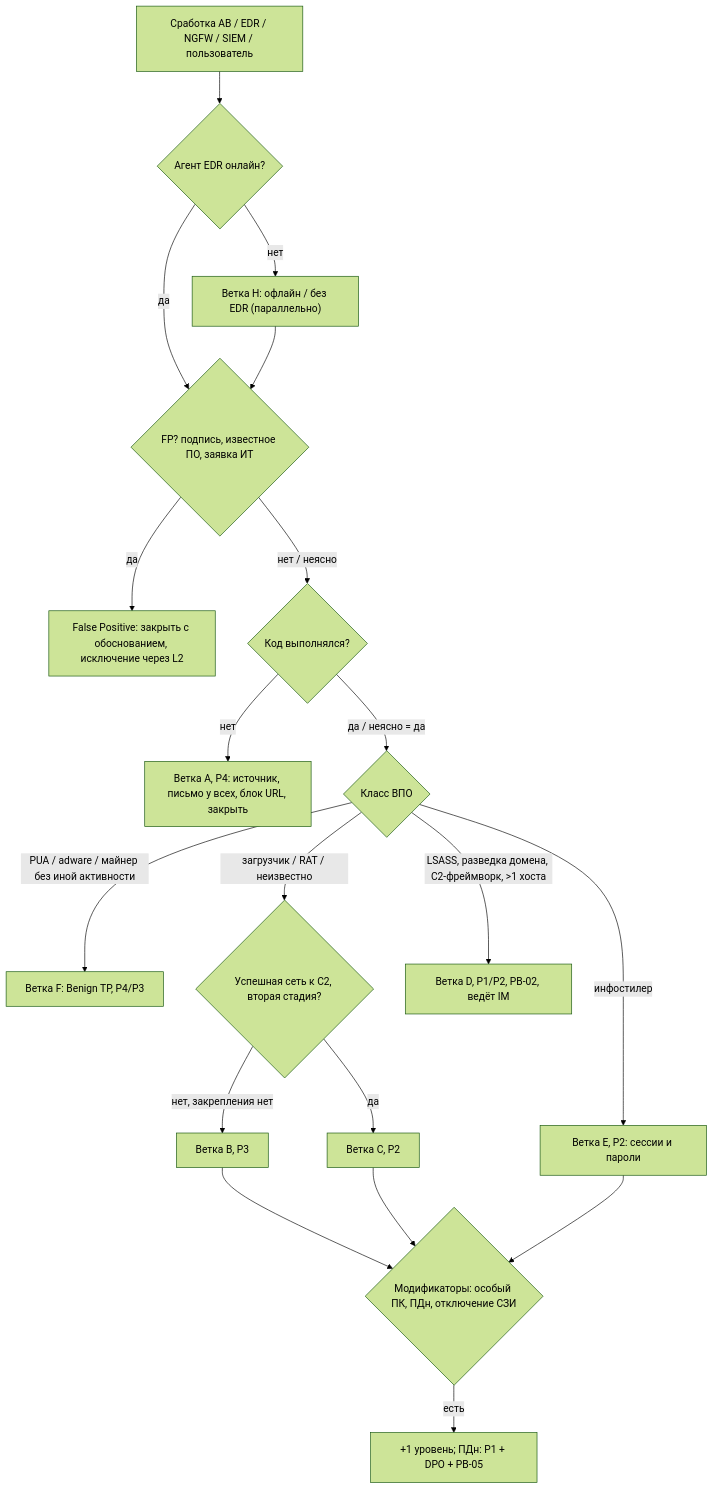
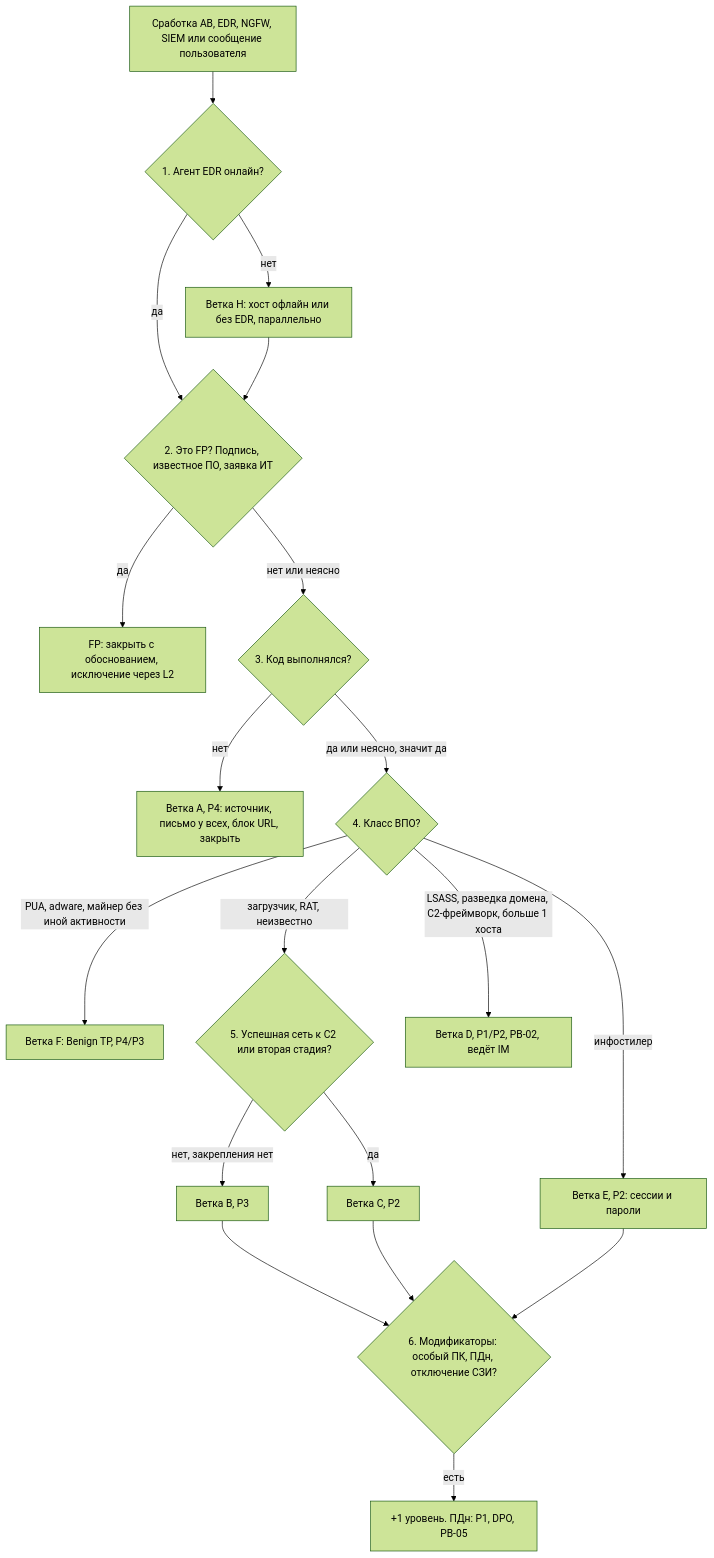
One commit to vehpbkrby/security-playbook changed the diagram in playbooks/PB-04-malware-workstation.md. Above: the diagram before and after it, drawn with Mermaid (forest theme). The commit also changed other lines of this file and 13 other files, not shown here.

````diff
--- a/playbooks/PB-04-malware-workstation.md
+++ b/playbooks/PB-04-malware-workstation.md
@@ -214,21 +149,21 @@
 ```mermaid
 flowchart TD
-    A["Сработка АВ / EDR / NGFW / SIEM / пользователь"] --> B{"Агент EDR онлайн?"}
-    B -- "нет" --> H["Ветка H: офлайн / без EDR (параллельно)"]
-    B -- "да" --> C{"FP? подпись, известное ПО, заявка ИТ"}
-    H --> C
-    C -- "да" --> FP["False Positive: закрыть с обоснованием, исключение через L2"]
-    C -- "нет / неясно" --> D{"Код выполнялся?"}
-    D -- "нет" --> P4["Ветка A, P4: источник, письмо у всех, блок URL, закрыть"]
-    D -- "да / неясно = да" --> E{"Класс ВПО"}
-    E -- "PUA / adware / майнер без иной активности" --> F["Ветка F: Benign TP, P4/P3"]
-    E -- "инфостилер" --> S["Ветка E, P2: сессии и пароли"]
-    E -- "загрузчик / RAT / неизвестно" --> G{"Успешная сеть к C2, вторая стадия?"}
-    G -- "нет, закрепления нет" --> P3["Ветка B, P3"]
-    G -- "да" --> P2["Ветка C, P2"]
-    E -- "LSASS, разведка домена, C2-фреймворк, >1 хоста" --> P1["Ветка D, P1/P2, PB-02, ведёт IM"]
-    P3 --> M{"Модификаторы: особый ПК, ПДн, отключение СЗИ"}
-    P2 --> M
-    S --> M
-    M -- "есть" --> UP["+1 уровень; ПДн: P1 + DPO + PB-05"]
+  A["Сработка АВ, EDR, NGFW, SIEM или сообщение пользователя"] --> B{"1. Агент EDR онлайн?"}
+  B -- "нет" --> H["Ветка H: хост офлайн или без EDR, параллельно"]
+  B -- "да" --> C{"2. Это FP? Подпись, известное ПО, заявка ИТ"}
+  H --> C
+  C -- "да" --> FP["FP: закрыть с обоснованием, исключение через L2"]
+  C -- "нет или неясно" --> D{"3. Код выполнялся?"}
+  D -- "нет" --> P4["Ветка A, P4: источник, письмо у всех, блок URL, закрыть"]
+  D -- "да или неясно, значит да" --> E{"4. Класс ВПО?"}
+  E -- "PUA, adware, майнер без иной активности" --> F["Ветка F: Benign TP, P4/P3"]
+  E -- "инфостилер" --> S["Ветка E, P2: сессии и пароли"]
+  E -- "загрузчик, RAT, неизвестно" --> G{"5. Успешная сеть к C2 или вторая стадия?"}
+  G -- "нет, закрепления нет" --> P3["Ветка B, P3"]
+  G -- "да" --> P2["Ветка C, P2"]
+  E -- "LSASS, разведка домена, C2-фреймворк, больше 1 хоста" --> P1["Ветка D, P1/P2, PB-02, ведёт IM"]
+  P3 --> M{"6. Модификаторы: особый ПК, ПДн, отключение СЗИ?"}
+  P2 --> M
+  S --> M
+  M -- "есть" --> UP["+1 уровень. ПДн: P1, DPO, PB-05"]
 ```
````
